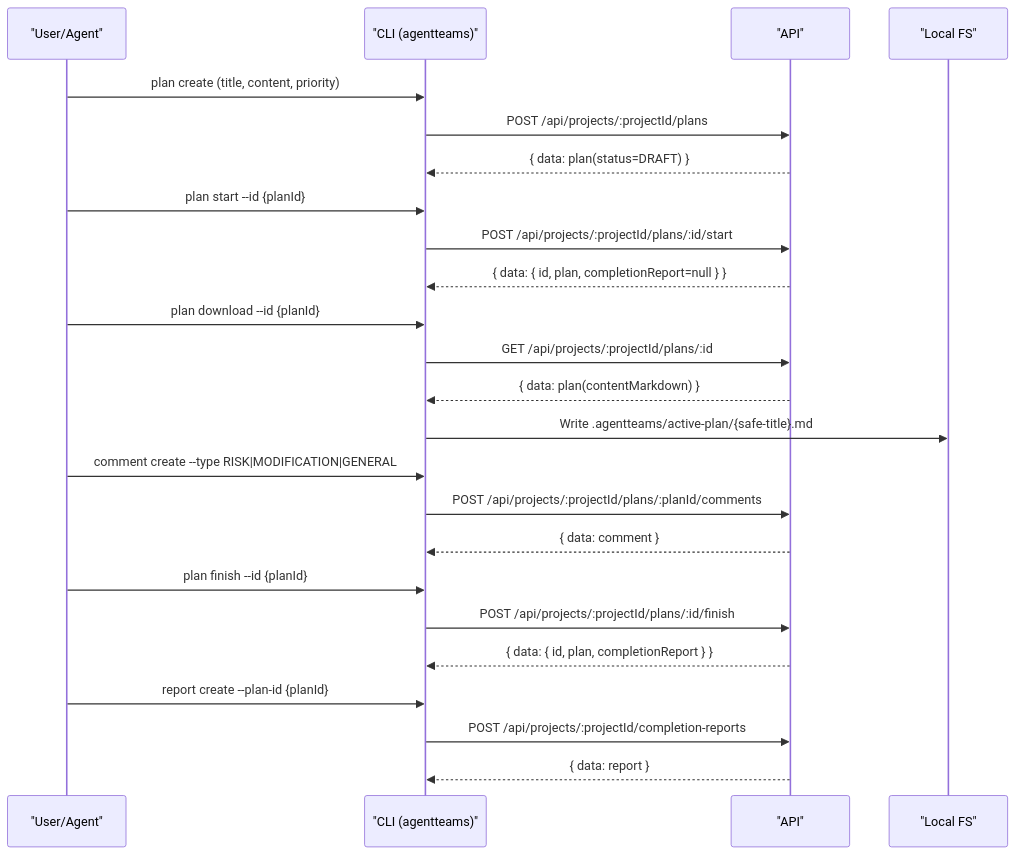
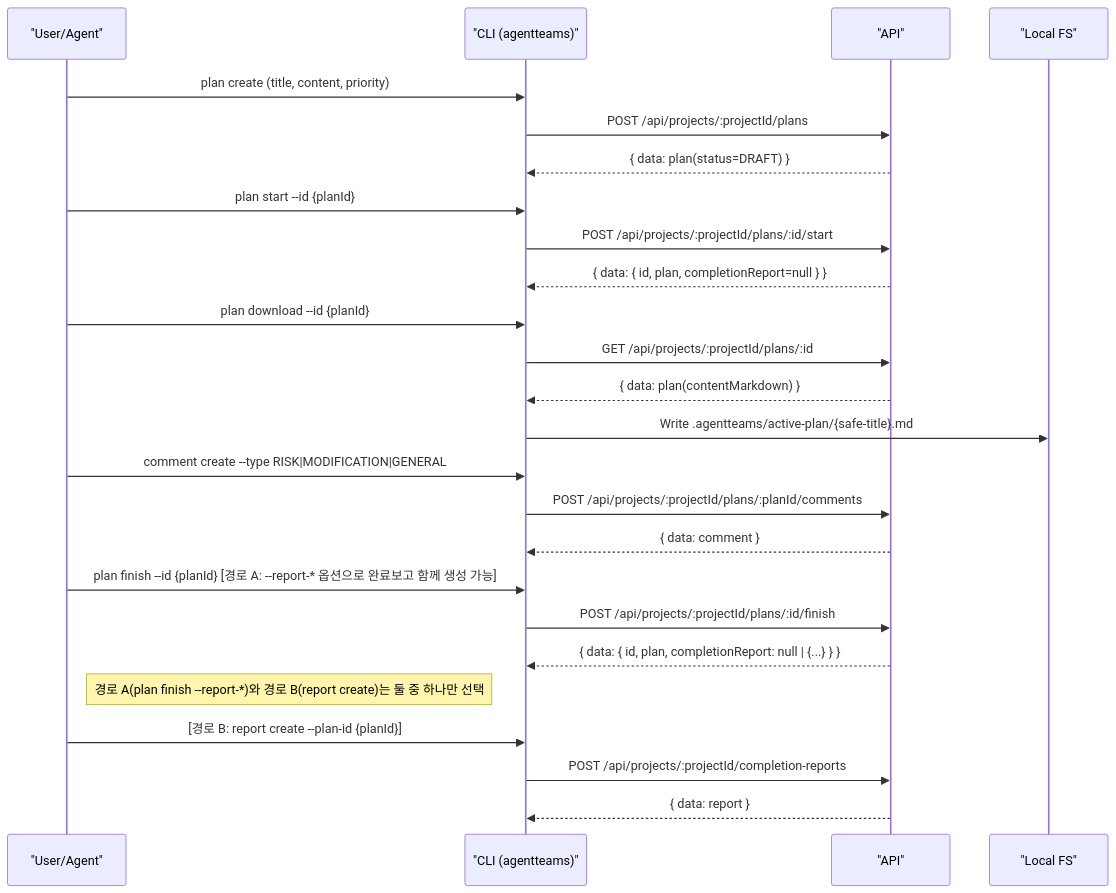
One commit to rlarua/AgentTeams-cli changed the second of 5 diagrams in API-CLI-WORKFLOW.md. Above: the diagram before and after it, drawn with Mermaid. The commit also changed other lines of this file and 2 other files, not shown here.

Commit message:
feat(cli): plan finish 완료보고 중복 방지 — 힌트 조건부 + 문서 A/B 규칙 명시
- outputPolicy.ts: plan finish 결과에 completionReport가 있으면 'report create' 힌트 숨김
- output-policy.test.ts: 힌트 조건부 동작 테스트 추가 (completionReport null/non-null 케이스)
- plan-workflow.md: 경로 A(통합)/경로 B(분리) 상호배타 규칙 명시
- API-CLI-WORKFLOW.md: E2E 시퀀스에 조건부 완료보고 경로 반영
- completion-report-guide.md: 경로 A/B 중복 생성 경고 추가

````diff
--- a/API-CLI-WORKFLOW.md
+++ b/API-CLI-WORKFLOW.md
@@ -224,32 +224,32 @@
 ```mermaid
 sequenceDiagram
   participant U as "User/Agent"
   participant CLI as "CLI (agentteams)"
   participant API as "API"
   participant FS as "Local FS"
 
   U->>CLI: plan create (title, content, priority)
   CLI->>API: POST /api/projects/:projectId/plans
   API-->>CLI: { data: plan(status=DRAFT) }
 
   U->>CLI: plan start --id {planId}
   CLI->>API: POST /api/projects/:projectId/plans/:id/start
   API-->>CLI: { data: { id, plan, completionReport=null } }
 
   U->>CLI: plan download --id {planId}
   CLI->>API: GET /api/projects/:projectId/plans/:id
   API-->>CLI: { data: plan(contentMarkdown) }
   CLI->>FS: Write .agentteams/active-plan/{safe-title}.md
 
   U->>CLI: comment create --type RISK|MODIFICATION|GENERAL
   CLI->>API: POST /api/projects/:projectId/plans/:planId/comments
   API-->>CLI: { data: comment }
 
-  U->>CLI: plan finish --id {planId}
+  U->>CLI: plan finish --id {planId} [경로 A: --report-* 옵션으로 완료보고 함께 생성 가능]
   CLI->>API: POST /api/projects/:projectId/plans/:id/finish
-  API-->>CLI: { data: { id, plan, completionReport } }
-
-  U->>CLI: report create --plan-id {planId}
+  API-->>CLI: { data: { id, plan, completionReport: null | {...} } }
+  Note right of U: 경로 A(plan finish --report-*)와 경로 B(report create)는 둘 중 하나만 선택
+  U->>CLI: [경로 B: report create --plan-id {planId}]
   CLI->>API: POST /api/projects/:projectId/completion-reports
   API-->>CLI: { data: report }
 ```
````
